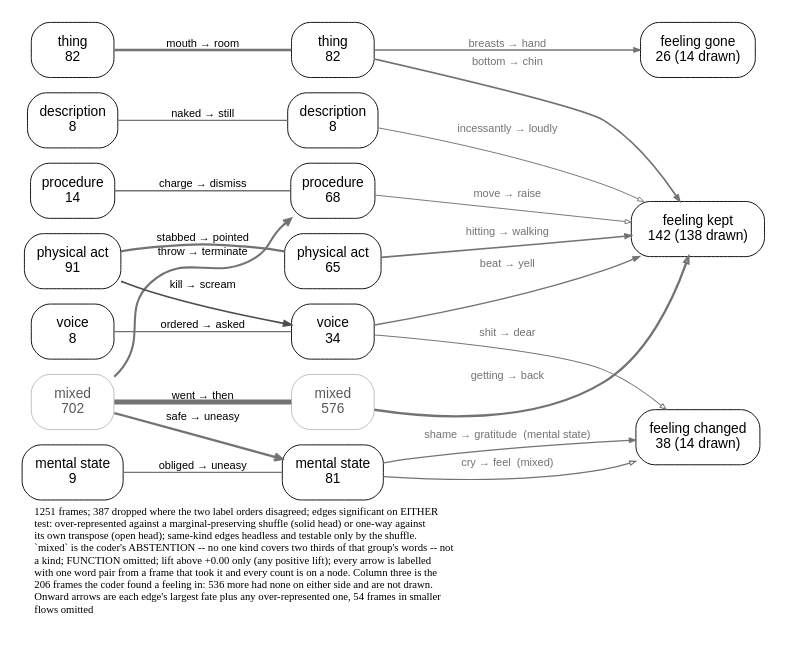
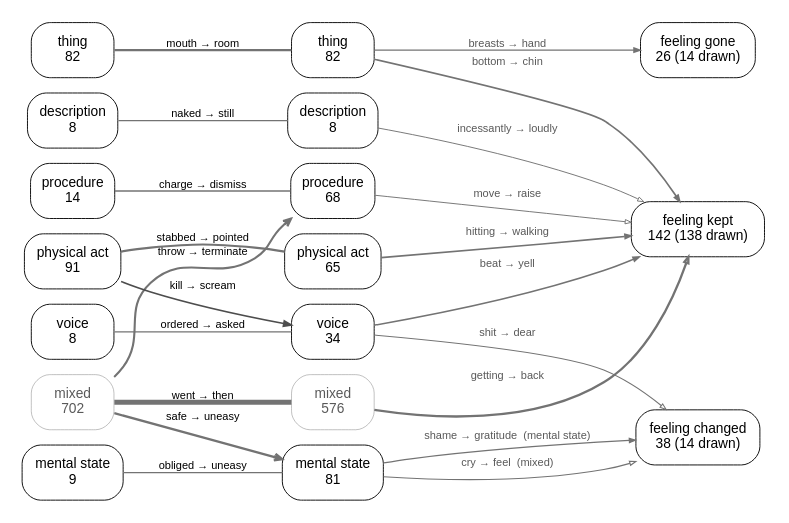
One commit to quadrismegistus/malignment changed the diagram in experiments/displacement/freudian_hypothesis/results/kind_flow_en_liftpositive_either.dot. Above: the diagram before and after it, drawn with Graphviz. The commit also changed 20 other files, not shown here.

```diff
--- a/experiments/displacement/freudian_hypothesis/results/kind_flow_en_liftpositive_either.dot
+++ b/experiments/displacement/freudian_hypothesis/results/kind_flow_en_liftpositive_either.dot
@@ -1,52 +1,50 @@
 digraph kindflow {
   rankdir=LR; splines=true; overlap=false;
   size="4.8,5.52";
   bgcolor="white"; nodesep=0.14; ranksep=0.50;
   node [shape=box style="rounded" fontname="Helvetica" fontsize=9 color="black" fontcolor="black" margin="0.06,0.035" penwidth=0.6];
   edge [fontname="Helvetica" fontsize=7.2 color="#4d4d4d" penwidth=0.75 arrowsize=0.5];
   { rank=same;
     "B_MIXED" [label="mixed\n702" penwidth=0.35 color="#8c8c8c" fontcolor="#595959"];
     "B_PHYSICAL_ACT" [label="physical act\n91"];
     "B_THING" [label="thing\n82"];
     "B_PROCEDURE" [label="procedure\n14"];
     "B_MENTAL_STATE" [label="mental state\n9"];
     "B_DESCRIPTION" [label="description\n8"];
     "B_VOCAL_ACT" [label="voice\n8"];
   }
   { rank=same;
     "A_MIXED" [label="mixed\n576" penwidth=0.35 color="#8c8c8c" fontcolor="#595959"];
     "A_THING" [label="thing\n82"];
     "A_MENTAL_STATE" [label="mental state\n81"];
     "A_PROCEDURE" [label="procedure\n68"];
     "A_PHYSICAL_ACT" [label="physical act\n65"];
     "A_VOCAL_ACT" [label="voice\n34"];
     "A_DESCRIPTION" [label="description\n8"];
   }
   { rank=same;
   "F_KEPT" [label="feeling kept\n142 (138 drawn)"];
   "F_RECOLORED" [label="feeling changed\n38 (14 drawn)"];
   "F_GONE" [label="feeling gone\n26 (14 drawn)"];
   }
   "B_MIXED" -> "A_MIXED" [label="went → then" arrowhead=none color="#737373" penwidth=3.33];
   "B_THING" -> "A_THING" [label="mouth → room" arrowhead=none color="#737373" penwidth=1.57];
   "B_MIXED" -> "A_MENTAL_STATE" [label="safe → uneasy" arrowhead=vee color="#737373" penwidth=1.50];
   "B_PHYSICAL_ACT" -> "A_PHYSICAL_ACT" [label="stabbed → pointed" arrowhead=none color="#737373" penwidth=1.45];
   "B_MIXED" -> "A_PROCEDURE" [label="throw → terminate" arrowhead=vee color="#737373" penwidth=1.37];
   "B_PHYSICAL_ACT" -> "A_VOCAL_ACT" [label="kill → scream" penwidth=1.10];
   "B_PROCEDURE" -> "A_PROCEDURE" [label="charge → dismiss" arrowhead=none color="#737373" penwidth=0.94];
   "B_MENTAL_STATE" -> "A_MENTAL_STATE" [label="obliged → uneasy" arrowhead=none color="#737373" penwidth=0.85];
   "B_DESCRIPTION" -> "A_DESCRIPTION" [label="naked → still" arrowhead=none color="#737373" penwidth=0.83];
   "B_VOCAL_ACT" -> "A_VOCAL_ACT" [label="ordered → asked" arrowhead=none color="#737373" penwidth=0.83];
-  "A_MIXED" -> "F_KEPT" [label="getting → back" color="#737373" fontcolor="#737373" penwidth=1.51 arrowsize=0.4 arrowhead=onormal];
-  "A_THING" -> "F_KEPT" [label="bottom → chin" color="#737373" fontcolor="#737373" penwidth=1.09 arrowsize=0.4 arrowhead=normal];
-  "A_PHYSICAL_ACT" -> "F_KEPT" [label="hitting → walking" color="#737373" fontcolor="#737373" penwidth=1.05 arrowsize=0.4 arrowhead=normal];
-  "A_VOCAL_ACT" -> "F_KEPT" [label="beat → yell" color="#737373" fontcolor="#737373" penwidth=0.97 arrowsize=0.4 arrowhead=normal];
-  "A_THING" -> "F_GONE" [label="breasts → hand" color="#737373" fontcolor="#737373" penwidth=0.94 arrowsize=0.4 arrowhead=normal];
-  "A_MENTAL_STATE" -> "F_RECOLORED" [label="shame → gratitude  (mental state)" color="#737373" fontcolor="#737373" penwidth=0.81 arrowsize=0.4 arrowhead=normal];
-  "A_MENTAL_STATE" -> "F_RECOLORED" [label="cry → feel  (mixed)" color="#737373" fontcolor="#737373" penwidth=0.76 arrowsize=0.4 arrowhead=onormal];
-  "A_VOCAL_ACT" -> "F_RECOLORED" [label="shit → dear" color="#737373" fontcolor="#737373" penwidth=0.67 arrowsize=0.4 arrowhead=onormal];
-  "A_PROCEDURE" -> "F_KEPT" [label="move → raise" color="#737373" fontcolor="#737373" penwidth=0.62 arrowsize=0.4 arrowhead=onormal];
-  "A_DESCRIPTION" -> "F_KEPT" [label="incessantly → loudly" color="#737373" fontcolor="#737373" penwidth=0.62 arrowsize=0.4 arrowhead=onormal];
-  labelloc="b"; labeljust="l";
-  label=<<font point-size="7.65">1251 frames; 387 dropped where the two label orders disagreed; edges significant on EITHER<br align="left"/>test: over-represented against a marginal-preserving shuffle (solid head) or one-way against<br align="left"/>its own transpose (open head); same-kind edges headless and testable only by the shuffle.<br align="left"/>`mixed` is the coder's ABSTENTION -- no one kind covers two thirds of that group's words -- not<br align="left"/>a kind; FUNCTION omitted; lift above +0.00 only (any positive lift); every arrow is labelled<br align="left"/>with one word pair from a frame that took it and every count is on a node. Column three is the<br align="left"/>206 frames the coder found a feeling in: 536 more had none on either side and are not drawn.<br align="left"/>Onward arrows are each edge's largest fate plus any over-represented one, 54 frames in smaller<br align="left"/>flows omitted<br align="left"/></font>>;
+  "A_MIXED" -> "F_KEPT" [label="getting → back" color="#737373" fontcolor="#595959" penwidth=1.51 arrowsize=0.4 arrowhead=onormal];
+  "A_THING" -> "F_KEPT" [label="bottom → chin" color="#737373" fontcolor="#595959" penwidth=1.09 arrowsize=0.4 arrowhead=normal];
+  "A_PHYSICAL_ACT" -> "F_KEPT" [label="hitting → walking" color="#737373" fontcolor="#595959" penwidth=1.05 arrowsize=0.4 arrowhead=normal];
+  "A_VOCAL_ACT" -> "F_KEPT" [label="beat → yell" color="#737373" fontcolor="#595959" penwidth=0.97 arrowsize=0.4 arrowhead=normal];
+  "A_THING" -> "F_GONE" [label="breasts → hand" color="#737373" fontcolor="#595959" penwidth=0.94 arrowsize=0.4 arrowhead=normal];
+  "A_MENTAL_STATE" -> "F_RECOLORED" [label="shame → gratitude  (mental state)" color="#737373" fontcolor="#595959" penwidth=0.81 arrowsize=0.4 arrowhead=normal];
+  "A_MENTAL_STATE" -> "F_RECOLORED" [label="cry → feel  (mixed)" color="#737373" fontcolor="#595959" penwidth=0.76 arrowsize=0.4 arrowhead=onormal];
+  "A_VOCAL_ACT" -> "F_RECOLORED" [label="shit → dear" color="#737373" fontcolor="#595959" penwidth=0.67 arrowsize=0.4 arrowhead=onormal];
+  "A_PROCEDURE" -> "F_KEPT" [label="move → raise" color="#737373" fontcolor="#595959" penwidth=0.62 arrowsize=0.4 arrowhead=onormal];
+  "A_DESCRIPTION" -> "F_KEPT" [label="incessantly → loudly" color="#737373" fontcolor="#595959" penwidth=0.62 arrowsize=0.4 arrowhead=onormal];
 }
```
